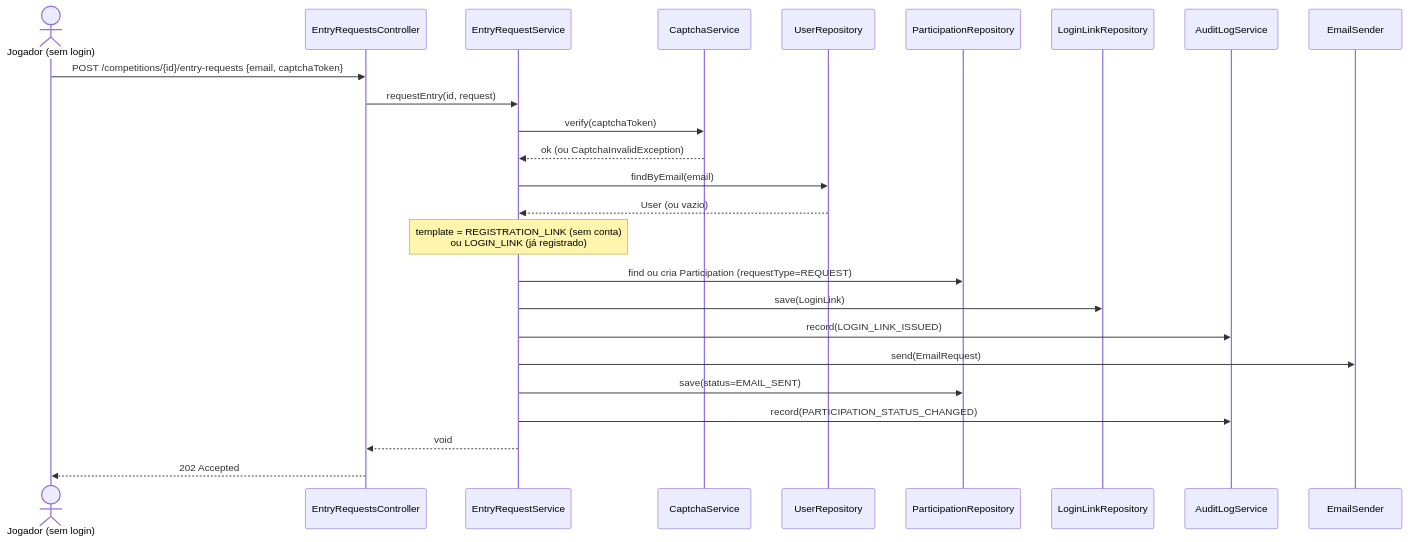
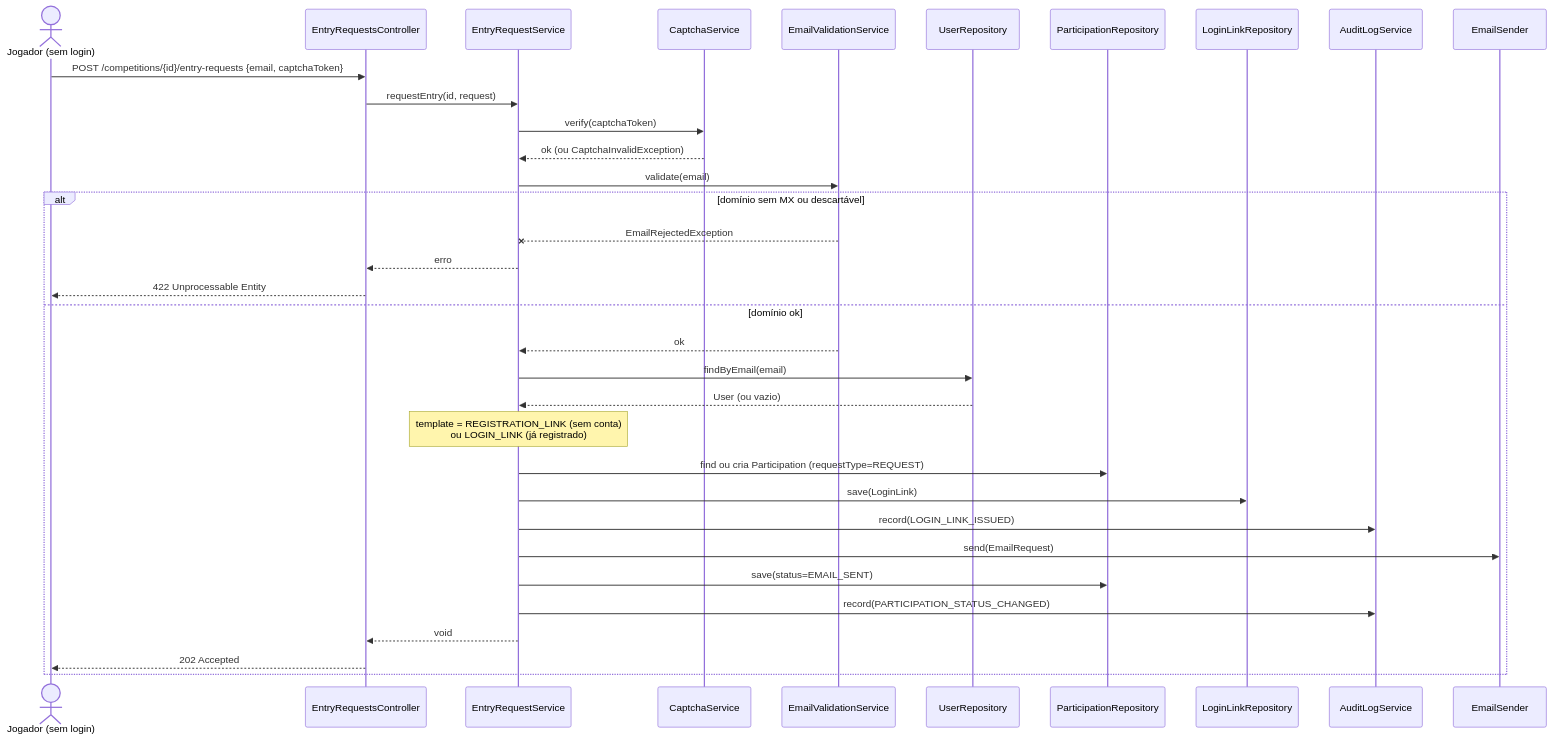
Before and after one commit to lalgarve/jogo-acoes: the fifth of 7 diagrams in docs/diagrams/sequencia.md, drawn with Mermaid. The commit also changed other lines of this file and 6 other files, not shown here.

First line of the commit message:
docs: rewrite product docs for the target release, fix Mermaid render bug (#18)

````diff
--- a/docs/diagrams/sequencia.md
+++ b/docs/diagrams/sequencia.md
@@ -102,28 +174,37 @@
 ```mermaid
 sequenceDiagram
     actor J as Jogador (sem login)
     participant ERC as EntryRequestsController
     participant ERS as EntryRequestService
     participant Cap as CaptchaService
+    participant EV as EmailValidationService
     participant UR as UserRepository
     participant PR as ParticipationRepository
     participant LLR as LoginLinkRepository
     participant AL as AuditLogService
     participant ES as EmailSender
 
     J->>ERC: POST /competitions/{id}/entry-requests {email, captchaToken}
     ERC->>ERS: requestEntry(id, request)
     ERS->>Cap: verify(captchaToken)
     Cap-->>ERS: ok (ou CaptchaInvalidException)
-    ERS->>UR: findByEmail(email)
-    UR-->>ERS: User (ou vazio)
-    Note over ERS: template = REGISTRATION_LINK (sem conta)<br/>ou LOGIN_LINK (já registrado)
-    ERS->>PR: find ou cria Participation (requestType=REQUEST)
-    ERS->>LLR: save(LoginLink)
-    ERS->>AL: record(LOGIN_LINK_ISSUED)
-    ERS->>ES: send(EmailRequest)
-    ERS->>PR: save(status=EMAIL_SENT)
-    ERS->>AL: record(PARTICIPATION_STATUS_CHANGED)
-    ERS-->>ERC: void
-    ERC-->>J: 202 Accepted
+    ERS->>EV: validate(email)
+    alt domínio sem MX ou descartável
+        EV--xERS: EmailRejectedException
+        ERS-->>ERC: erro
+        ERC-->>J: 422 Unprocessable Entity
+    else domínio ok
+        EV-->>ERS: ok
+        ERS->>UR: findByEmail(email)
+        UR-->>ERS: User (ou vazio)
+        Note over ERS: template = REGISTRATION_LINK (sem conta)<br/>ou LOGIN_LINK (já registrado)
+        ERS->>PR: find ou cria Participation (requestType=REQUEST)
+        ERS->>LLR: save(LoginLink)
+        ERS->>AL: record(LOGIN_LINK_ISSUED)
+        ERS->>ES: send(EmailRequest)
+        ERS->>PR: save(status=EMAIL_SENT)
+        ERS->>AL: record(PARTICIPATION_STATUS_CHANGED)
+        ERS-->>ERC: void
+        ERC-->>J: 202 Accepted
+    end
 ```
````
